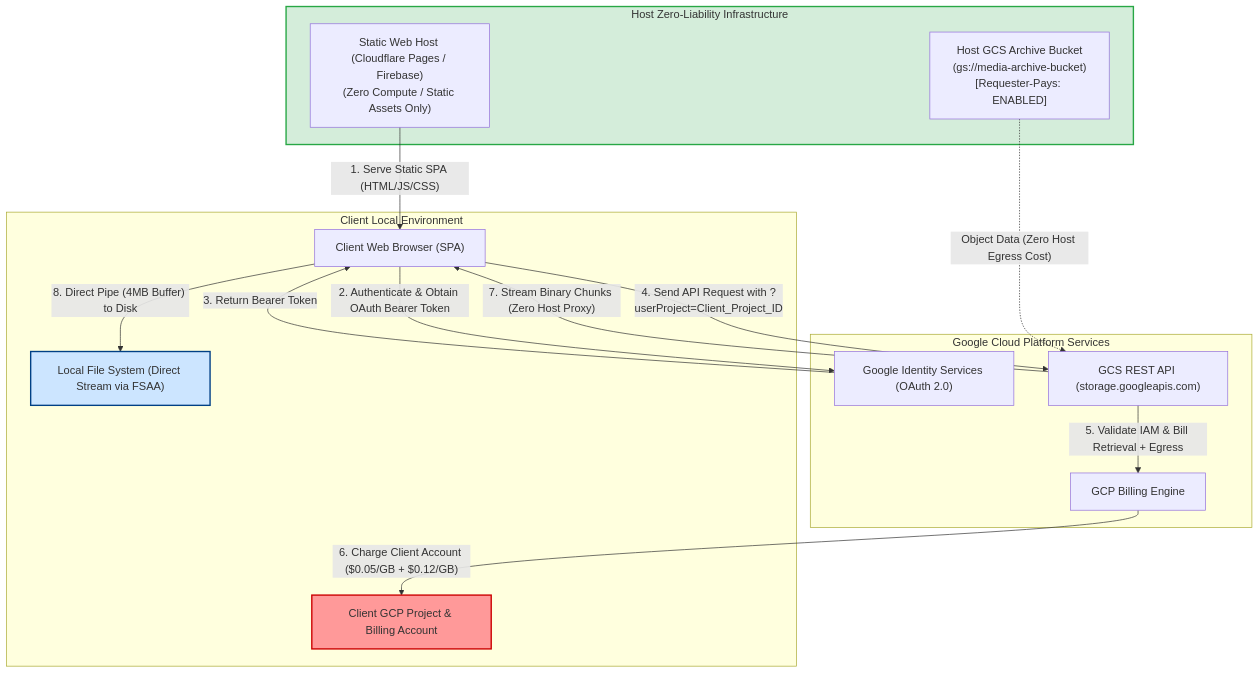
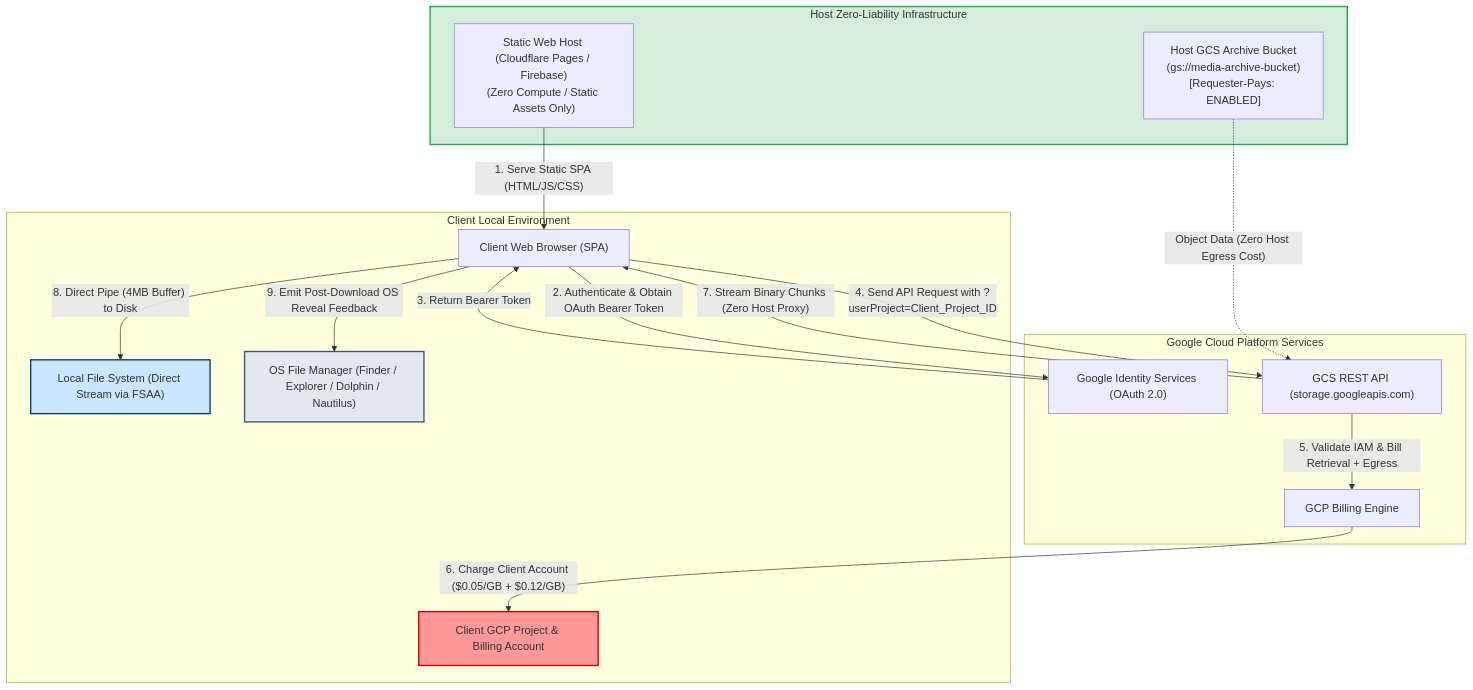
One commit to NovaLogicDev/FilesOfBaSingSe changed the first of 5 diagrams in docs/requirements/user_stories_specification.md. Above: the diagram before and after it, drawn with Mermaid. The commit also changed 48 other files, not shown here.

````diff
--- a/docs/requirements/user_stories_specification.md
+++ b/docs/requirements/user_stories_specification.md
@@ -16,33 +16,36 @@
 ```mermaid
 flowchart TD
     subgraph ClientEnvironment ["Client Local Environment"]
         Browser["Client Web Browser (SPA)"]
         Disk["Local File System (Direct Stream via FSAA)"]
+        OSFileManager["OS File Manager (Finder / Explorer / Dolphin / Nautilus)"]
         ClientGCP["Client GCP Project & Billing Account"]
     end
 
     subgraph HostEnvironment ["Host Zero-Liability Infrastructure"]
         HostGCS["Host GCS Archive Bucket\n(gs://media-archive-bucket)\n[Requester-Pays: ENABLED]"]
         StaticCDN["Static Web Host (Cloudflare Pages / Firebase)\n(Zero Compute / Static Assets Only)"]
     end
 
     subgraph GoogleCloud ["Google Cloud Platform Services"]
         GIS["Google Identity Services (OAuth 2.0)"]
         GCS_API["GCS REST API (storage.googleapis.com)"]
         GCP_Billing["GCP Billing Engine"]
     end
 
     StaticCDN -->|"1. Serve Static SPA (HTML/JS/CSS)"| Browser
     Browser -->|"2. Authenticate & Obtain OAuth Bearer Token"| GIS
     GIS -->|"3. Return Bearer Token"| Browser
     Browser -->|"4. Send API Request with ?userProject=Client_Project_ID"| GCS_API
     GCS_API -->|"5. Validate IAM & Bill Retrieval + Egress"| GCP_Billing
     GCP_Billing -->|"6. Charge Client Account ($0.05/GB + $0.12/GB)"| ClientGCP
     GCS_API -->|"7. Stream Binary Chunks (Zero Host Proxy)"| Browser
     Browser -->|"8. Direct Pipe (4MB Buffer) to Disk"| Disk
+    Browser -->|"9. Emit Post-Download OS Reveal Feedback"| OSFileManager
     HostGCS -.->|"Object Data (Zero Host Egress Cost)"| GCS_API
 
     style ClientGCP fill:#ff9999,stroke:#cc0000,stroke-width:2px;
     style HostEnvironment fill:#d4edda,stroke:#28a745,stroke-width:2px;
     style Disk fill:#cce5ff,stroke:#004085,stroke-width:2px;
+    style OSFileManager fill:#e2e8f0,stroke:#475569,stroke-width:2px;
 ```
````
